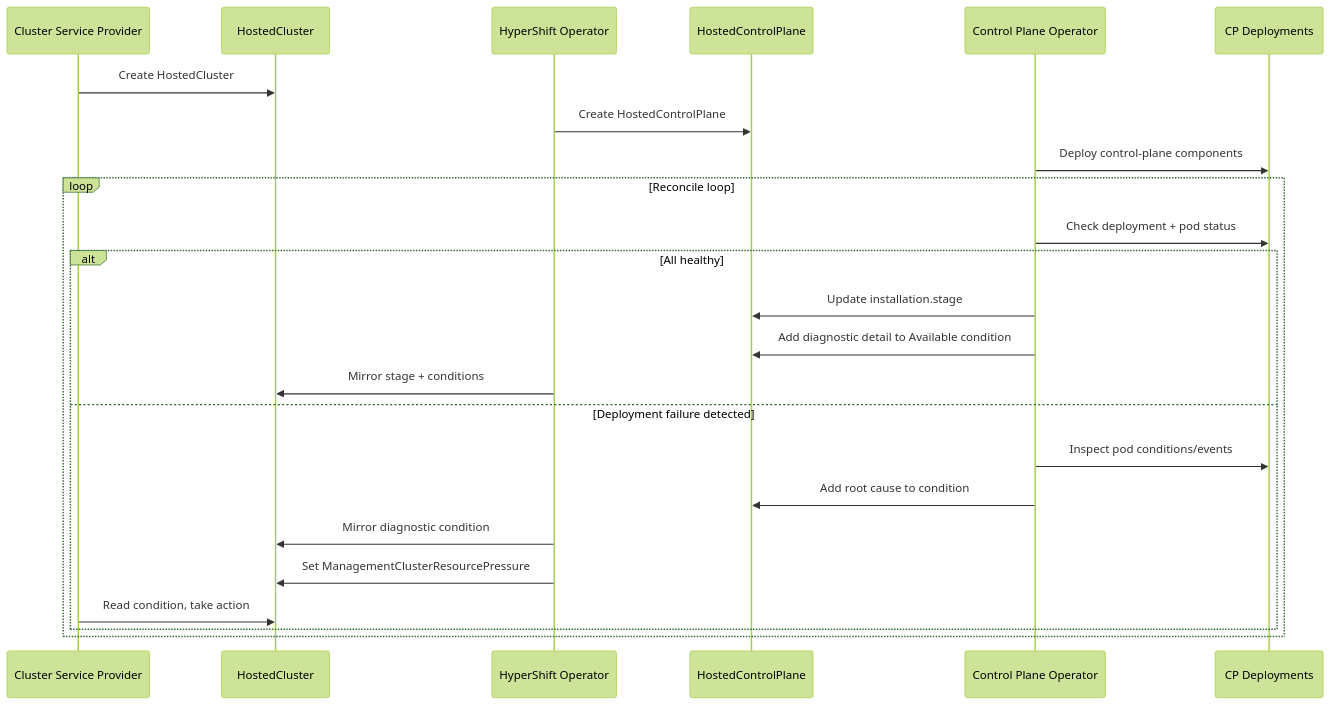
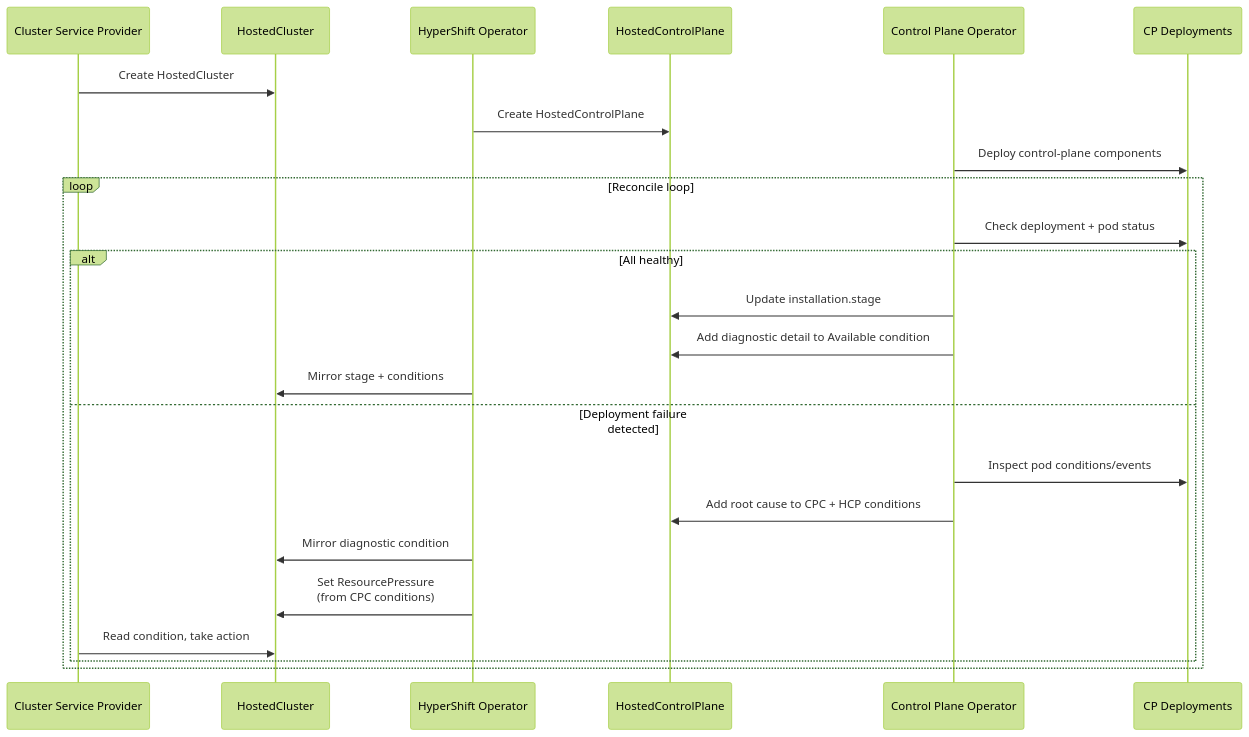
Before and after one commit to openshift/enhancements: the second of 3 diagrams in enhancements/hypershift/installation-failure-debuggability.md, drawn with Mermaid (forest theme). The commit also changed other lines of this file, not shown here.

First line of the commit message:
OCPSTRAT-1598: CPC-based ManagementClusterResourcePressure, FSM diagram, WaitingForKubeconfig clarification

````diff
--- a/enhancements/hypershift/installation-failure-debuggability.md
+++ b/enhancements/hypershift/installation-failure-debuggability.md
@@ -456,27 +460,27 @@
 ```mermaid
 sequenceDiagram
     participant CSP as Cluster Service Provider
     participant HC as HostedCluster
     participant HO as HyperShift Operator
     participant HCP as HostedControlPlane
     participant CPO as Control Plane Operator
     participant Pods as CP Deployments
 
     CSP->>HC: Create HostedCluster
     HO->>HCP: Create HostedControlPlane
     CPO->>Pods: Deploy control-plane components
     loop Reconcile loop
         CPO->>Pods: Check deployment + pod status
         alt All healthy
             CPO->>HCP: Update installation.stage
             CPO->>HCP: Add diagnostic detail to Available condition
             HO->>HC: Mirror stage + conditions
         else Deployment failure detected
             CPO->>Pods: Inspect pod conditions/events
-            CPO->>HCP: Add root cause to condition
+            CPO->>HCP: Add root cause to CPC + HCP conditions
             HO->>HC: Mirror diagnostic condition
-            HO->>HC: Set ManagementClusterResourcePressure
+            HO->>HC: Set ResourcePressure<br/>(from CPC conditions)
             CSP->>HC: Read condition, take action
         end
     end
 ```
````
